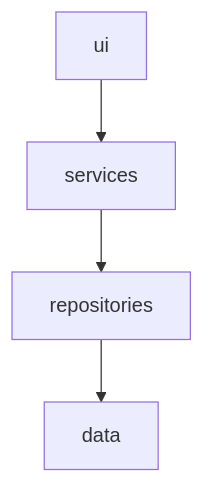
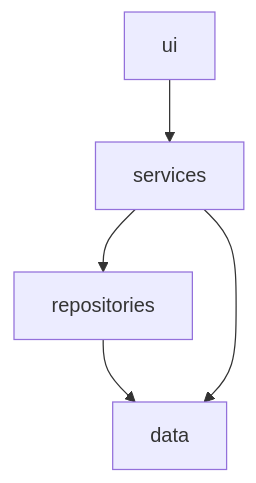
Before and after one commit to suitsuke/ot-harjoitustyo: the first of 2 diagrams in dokumentaatio/arkkitehtuuri.md, drawn with Mermaid. The commit also changed other lines of this file, not shown here.

````diff
--- a/dokumentaatio/arkkitehtuuri.md
+++ b/dokumentaatio/arkkitehtuuri.md
@@ -5,6 +5,7 @@
 ```mermaid
 graph TD;
     ui --> services;
     services --> repositories;
     repositories --> data;
+    services --> data
 ```
````
